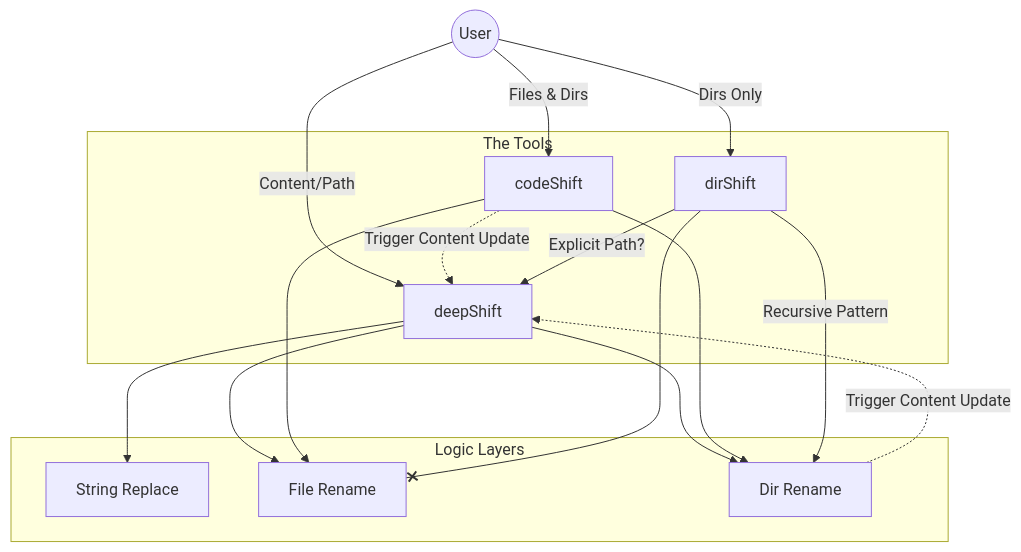
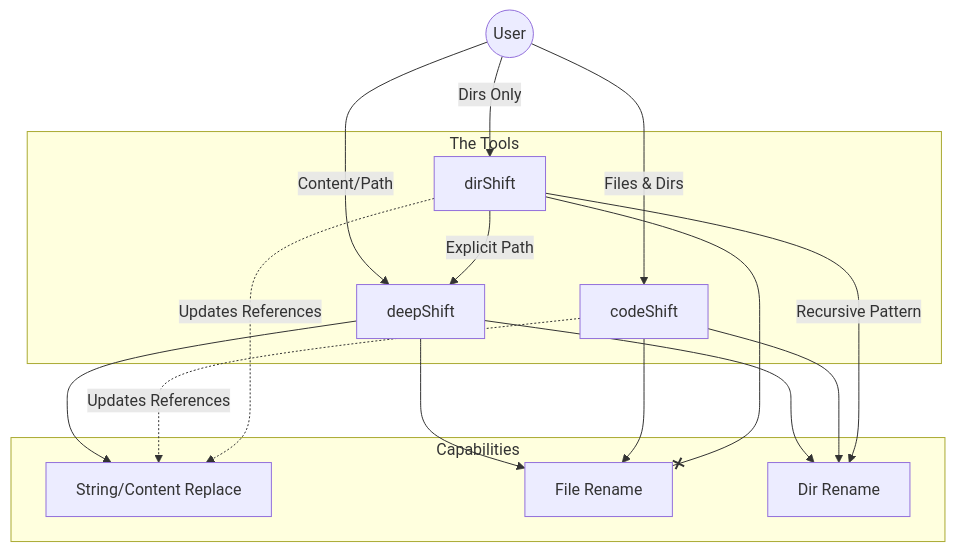
The diagram in README.md (311ecode/deepShift), drawn with Mermaid before and after one commit.

Commit message:
Update DeepShift documentation with improved architecture diagram and terminology

````diff
--- a/README.md
+++ b/README.md
@@ -48,37 +48,37 @@
 ```mermaid
 graph TD
     User((User))
     
     subgraph "The Tools"
         DS[deepShift]
         CS[codeShift]
         DirS[dirShift]
     end
 
-    subgraph "Logic Layers"
-        Str[String Replace]
+    subgraph "Capabilities"
+        Str[String/Content Replace]
         FileRen[File Rename]
         DirRen[Dir Rename]
     end
 
     %% Flows
     User -->|Content/Path| DS
     User -->|Files & Dirs| CS
     User -->|Dirs Only| DirS
 
-    %% deepShift Direct
+    %% deepShift (The Engine)
     DS --> Str
     DS --> DirRen
     DS --> FileRen
 
-    %% codeShift Flow
+    %% codeShift (The Tamer)
     CS --> FileRen
     CS --> DirRen
-    CS -.->|Trigger Content Update| DS
+    CS -.->|Updates References| Str
     
-    %% dirShift Flow
-    DirS -- "Explicit Path?" --> DS
+    %% dirShift (The Architect)
     DirS -- "Recursive Pattern" --> DirRen
+    DirS -- "Explicit Path" --> DS
     DirS --x FileRen
-    DirRen -.->|Trigger Content Update| DS
+    DirS -.->|Updates References| Str
 ```
````
